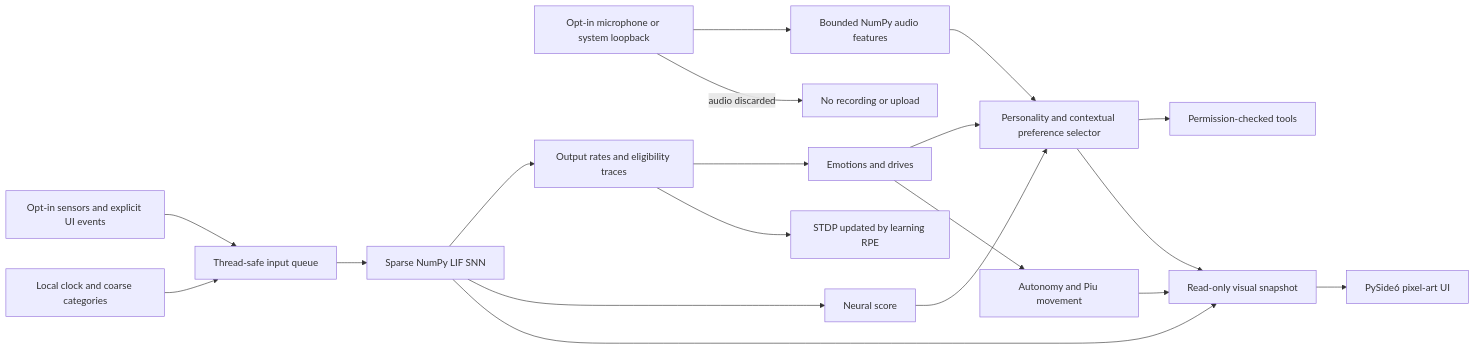
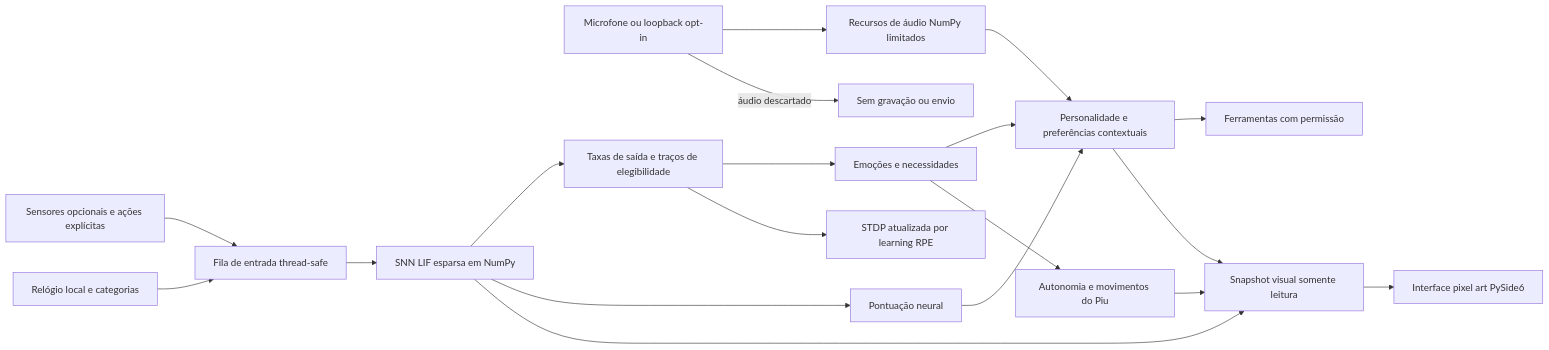
The diagram in README.md (Sudo-Marco/synapse-companion), drawn with Mermaid before and after one commit. The commit also changed other lines of this file and 3 other files, not shown here.

````diff
--- a/README.md
+++ b/README.md
@@ -146,21 +163,21 @@
 ```mermaid
 flowchart LR
-    S[Opt-in sensors and explicit UI events] --> Q[Thread-safe input queue]
-    C[Local clock and coarse categories] --> Q
-    AU[Opt-in microphone or system loopback] --> AX[Bounded NumPy audio features]
-    AX --> P[Listening and dance cues; no transcript]
-    AU -->|audio discarded| X[No recording or upload]
-    Q --> N[Sparse NumPy LIF SNN]
-    N --> R[Output rates and eligibility traces]
-    R --> E[Emotions and drives]
-    R --> L[STDP updated by learning RPE]
-    N --> A[Neural score]
-    E --> P[Personality and contextual preference selector]
+    S[Sensores opcionais e ações explícitas] --> Q[Fila de entrada thread-safe]
+    C[Relógio local e categorias] --> Q
+    AU[Microfone ou loopback opt-in] --> AX[Recursos de áudio NumPy limitados]
+    AX --> P[Pistas de escuta e dança; sem transcrição]
+    AU -->|áudio descartado| X[Sem gravação ou envio]
+    Q --> N[SNN LIF esparsa em NumPy]
+    N --> R[Taxas de saída e traços de elegibilidade]
+    R --> E[Emoções e necessidades]
+    R --> L[STDP atualizada por learning RPE]
+    N --> A[Pontuação neural]
+    E --> P[Personalidade e preferências contextuais]
     A --> P
-    P --> T[Permission-checked tools]
-    E --> U[Autonomy and Piu movement]
-    N --> V[Read-only visual snapshot]
+    P --> T[Ferramentas com permissão]
+    E --> U[Autonomia e movimentos do Piu]
+    N --> V[Snapshot visual somente leitura]
     U --> V
     P --> V
-    V --> UI[PySide6 pixel-art UI]
+    V --> UI[Interface pixel art PySide6]
 ```
````
